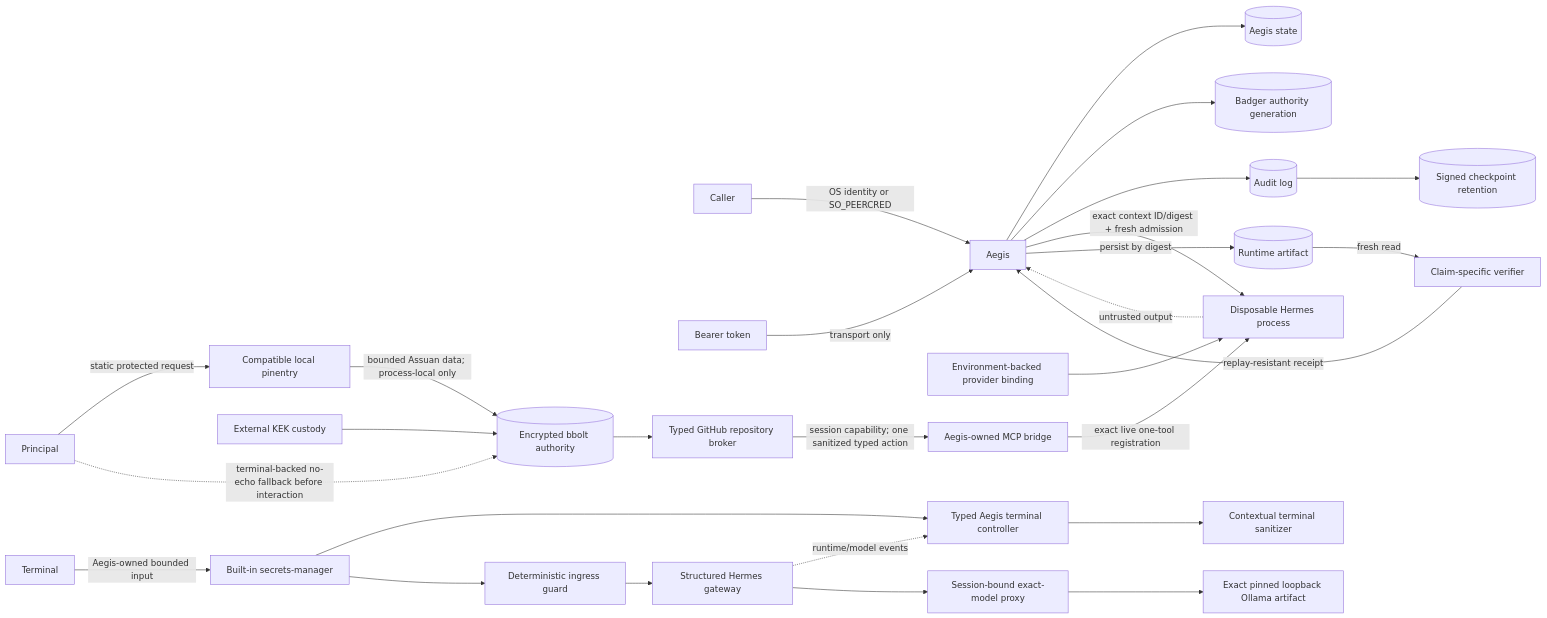
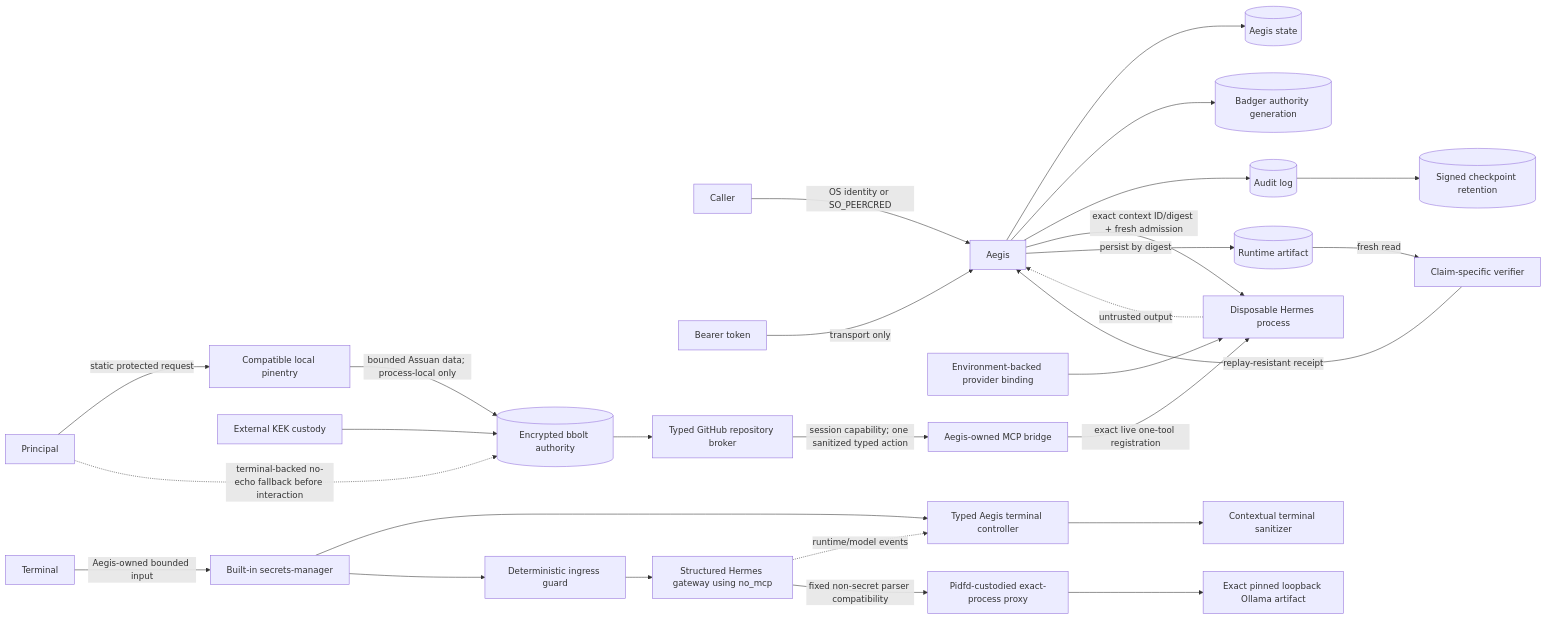
The diagram in docs/THREAT_MODEL.md (berryhill/aegis), drawn with Mermaid before and after one commit. The commit also changed other lines of this file and 14 other files, not shown here.

Commit message:
feat(manager): bind inference proxy to Hermes pidfd

````diff
--- a/docs/THREAT_MODEL.md
+++ b/docs/THREAT_MODEL.md
@@ -17,30 +17,30 @@
 ```mermaid
 flowchart LR
   Caller -->|OS identity or SO_PEERCRED| Aegis
   Token[Bearer token] -->|transport only| Aegis
   Aegis --> Store[(Aegis state)]
   Aegis --> AuthorityState[(Badger authority generation)]
   Env[Environment-backed provider binding] --> Hermes[Disposable Hermes process]
   Principal -->|static protected request| Pinentry[Compatible local pinentry]
   Pinentry -->|bounded Assuan data; process-local only| Authority[(Encrypted bbolt authority)]
   Principal -. terminal-backed no-echo fallback before interaction .-> Authority
   KEK[External KEK custody] --> Authority
   Authority --> Broker[Typed GitHub repository broker]
   Broker -->|session capability; one sanitized typed action| Bridge[Aegis-owned MCP bridge]
   Bridge -->|exact live one-tool registration| Hermes
   Aegis --> Audit[(Audit log)]
   Audit --> Checkpoint[(Signed checkpoint retention)]
   Hermes -. untrusted output .-> Aegis
   Aegis -->|exact context ID/digest + fresh admission| Hermes
   Aegis -->|persist by digest| Artifact[(Runtime artifact)]
   Artifact -->|fresh read| Verifier[Claim-specific verifier]
   Verifier -->|replay-resistant receipt| Aegis
   Terminal -->|Aegis-owned bounded input| Manager[Built-in secrets-manager]
   Manager --> TUI[Typed Aegis terminal controller]
   Gateway -. runtime/model events .-> TUI
   TUI --> Sanitizer[Contextual terminal sanitizer]
   Manager --> Guard[Deterministic ingress guard]
-  Guard --> Gateway[Structured Hermes gateway]
-  Gateway --> Proxy[Session-bound exact-model proxy]
+  Guard --> Gateway[Structured Hermes gateway using no_mcp]
+  Gateway -->|fixed non-secret parser compatibility| Proxy[Pidfd-custodied exact-process proxy]
   Proxy --> Ollama[Exact pinned loopback Ollama artifact]
 ```
````
